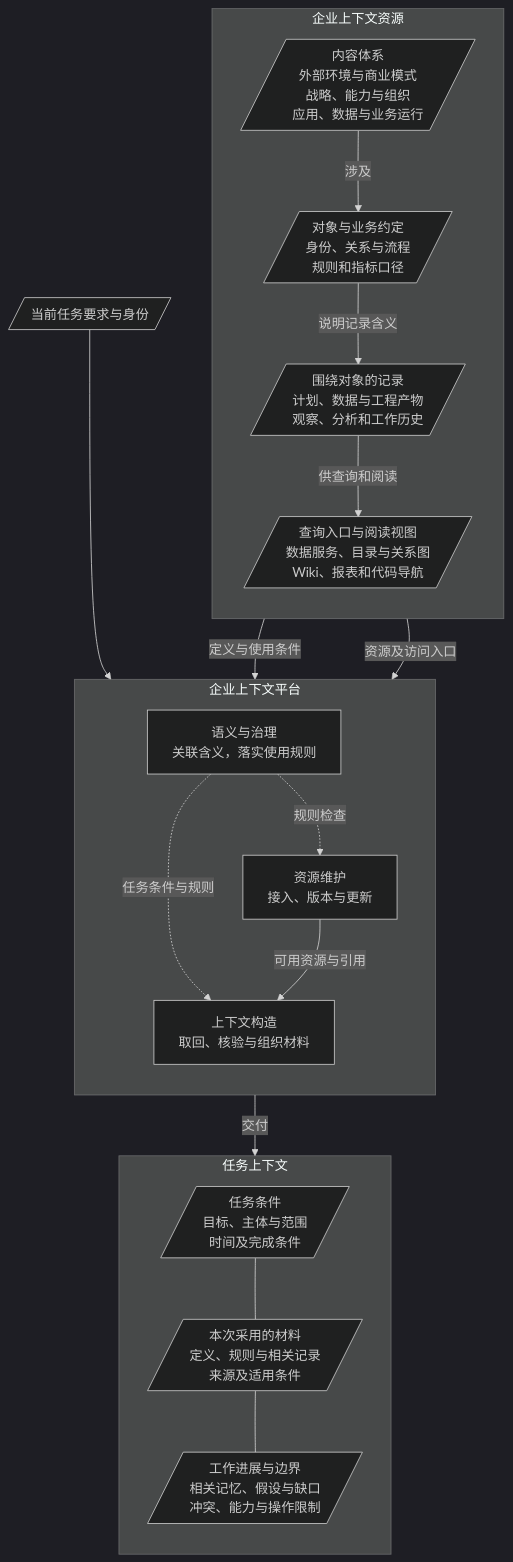
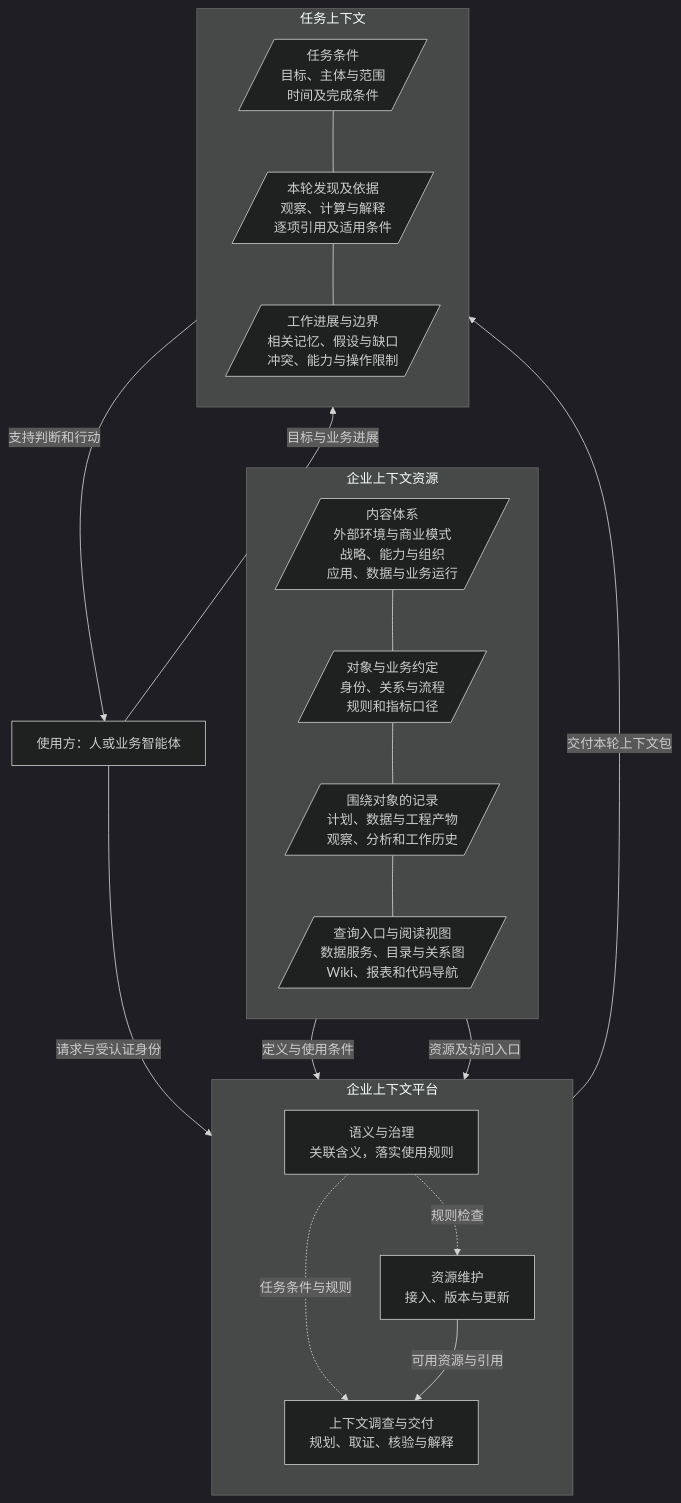
The first of 5 diagrams in book/part-1/chapter-03.md (LENSHOOD/enterprise-context-book), drawn with Mermaid (dark theme) before and after one commit. The commit also changed other lines of this file and 56 other files, not shown here.

````diff
--- a/book/part-1/chapter-03.md
+++ b/book/part-1/chapter-03.md
@@ -9,34 +9,36 @@
 ```mermaid
 flowchart TB
   subgraph R["企业上下文资源"]
     direction TB
     D[/"内容体系<br/>外部环境与商业模式<br/>战略、能力与组织<br/>应用、数据与业务运行"/]
     O[/"对象与业务约定<br/>身份、关系与流程<br/>规则和指标口径"/]
     M[/"围绕对象的记录<br/>计划、数据与工程产物<br/>观察、分析和工作历史"/]
     V[/"查询入口与阅读视图<br/>数据服务、目录与关系图<br/>Wiki、报表和代码导航"/]
-    D -->|涉及| O
-    O -->|说明记录含义| M
-    M -->|供查询和阅读| V
+    D --- O
+    O --- M
+    M --- V
   end
   subgraph P["企业上下文平台"]
     direction TB
     G["语义与治理<br/>关联含义，落实使用规则"]
     I["资源维护<br/>接入、版本与更新"]
-    C["上下文构造<br/>取回、核验与组织材料"]
+    C["上下文调查与交付<br/>规划、取证、核验与解释"]
     G -.规则检查.-> I
     G -.任务条件与规则.-> C
     I -->|可用资源与引用| C
   end
-  Q[/"当前任务要求与身份"/] --> G
+  A["使用方：人或业务智能体"] -->|请求与受认证身份| C
   R -->|定义与使用条件| G
   R -->|资源及访问入口| I
   subgraph T["任务上下文"]
     direction TB
     S[/"任务条件<br/>目标、主体与范围<br/>时间及完成条件"/]
-    E[/"本次采用的材料<br/>定义、规则与相关记录<br/>来源及适用条件"/]
+    E[/"本轮发现及依据<br/>观察、计算与解释<br/>逐项引用及适用条件"/]
     W[/"工作进展与边界<br/>相关记忆、假设与缺口<br/>冲突、能力与操作限制"/]
     S --- E
     E --- W
   end
-  C -->|交付| T
+  C -->|交付本轮上下文包| T
+  A -->|目标与业务进展| T
+  T -->|支持判断和行动| A
 ```
````
